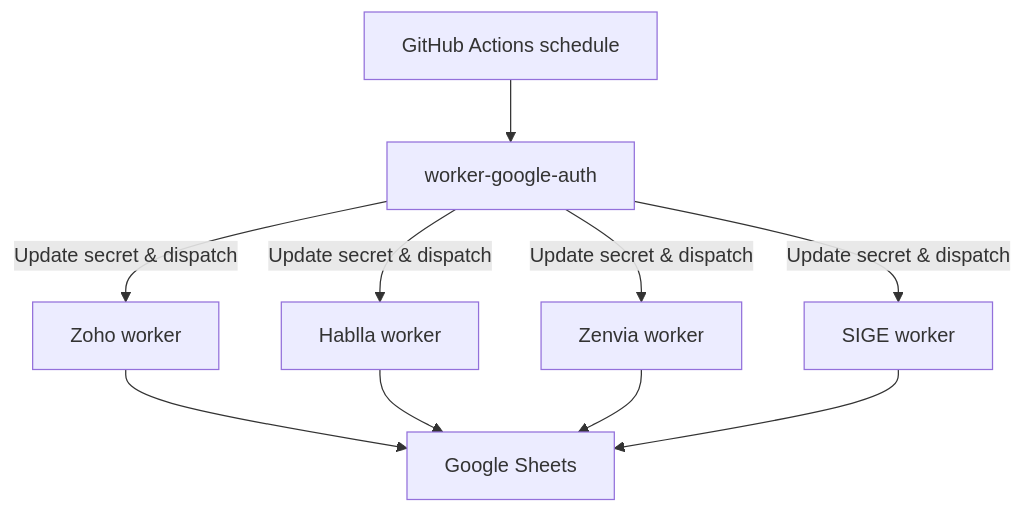
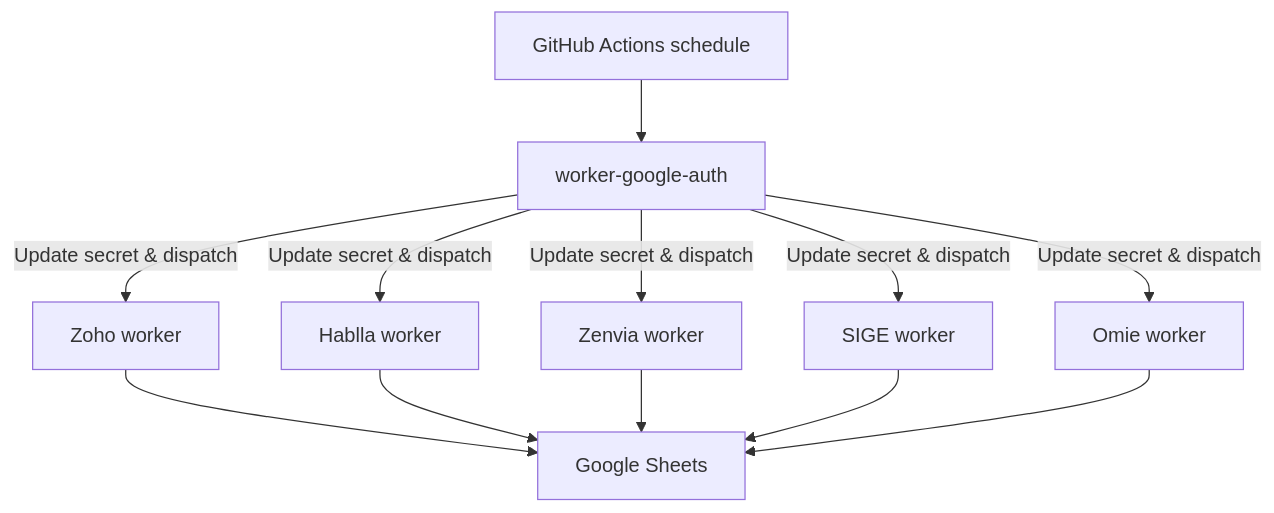
The seventh of 7 diagrams in README.md (PkLavc/API-Hub), drawn with Mermaid before and after one commit. The commit also changed other lines of this file, not shown here.

First line of the commit message:
Revise README for clarity and add Omie worker info

````diff
--- a/README.md
+++ b/README.md
@@ -312,12 +384,14 @@
 ```mermaid
 flowchart TB
     A[GitHub Actions schedule] --> B[worker-google-auth]
     B -->|Update secret & dispatch| C[Zoho worker]
     B -->|Update secret & dispatch| D[Hablla worker]
     B -->|Update secret & dispatch| E[Zenvia worker]
     B -->|Update secret & dispatch| F[SIGE worker]
-    C --> G[Google Sheets]
-    D --> G
-    E --> G
-    F --> G
+    B -->|Update secret & dispatch| G[Omie worker]
+    C --> H[Google Sheets]
+    D --> H
+    E --> H
+    F --> H
+    G --> H
 ```
````
